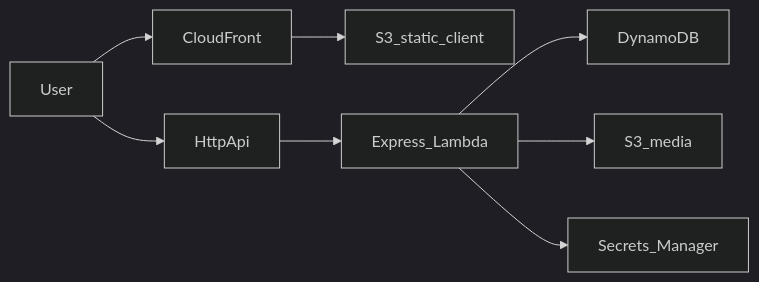
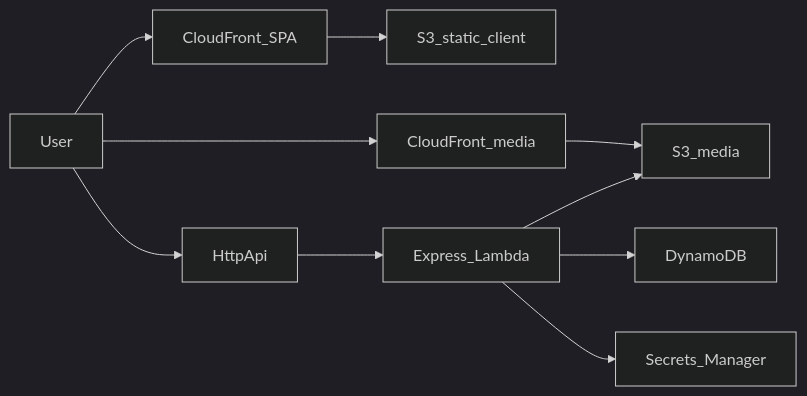
Before and after one commit to JuanSebastianGB/share-social-media: the diagram in README.md, drawn with Mermaid (dark theme). The commit also changed other lines of this file and 5 other files, not shown here.

First line of the commit message:
feat(infra): serve media through CloudFront OAC

````diff
--- a/README.md
+++ b/README.md
@@ -7,10 +7,12 @@
 ```mermaid
 flowchart LR
-  User --> CF[CloudFront]
+  User --> CF[CloudFront_SPA]
   CF --> S3[S3_static_client]
+  User --> MediaCF[CloudFront_media]
+  MediaCF --> MediaS3[S3_media]
   User --> APIGW[HttpApi]
   APIGW --> Lambda[Express_Lambda]
   Lambda --> DDB[DynamoDB]
-  Lambda --> MediaS3[S3_media]
+  Lambda --> MediaS3
   Lambda --> SM[Secrets_Manager]
 ```
````
